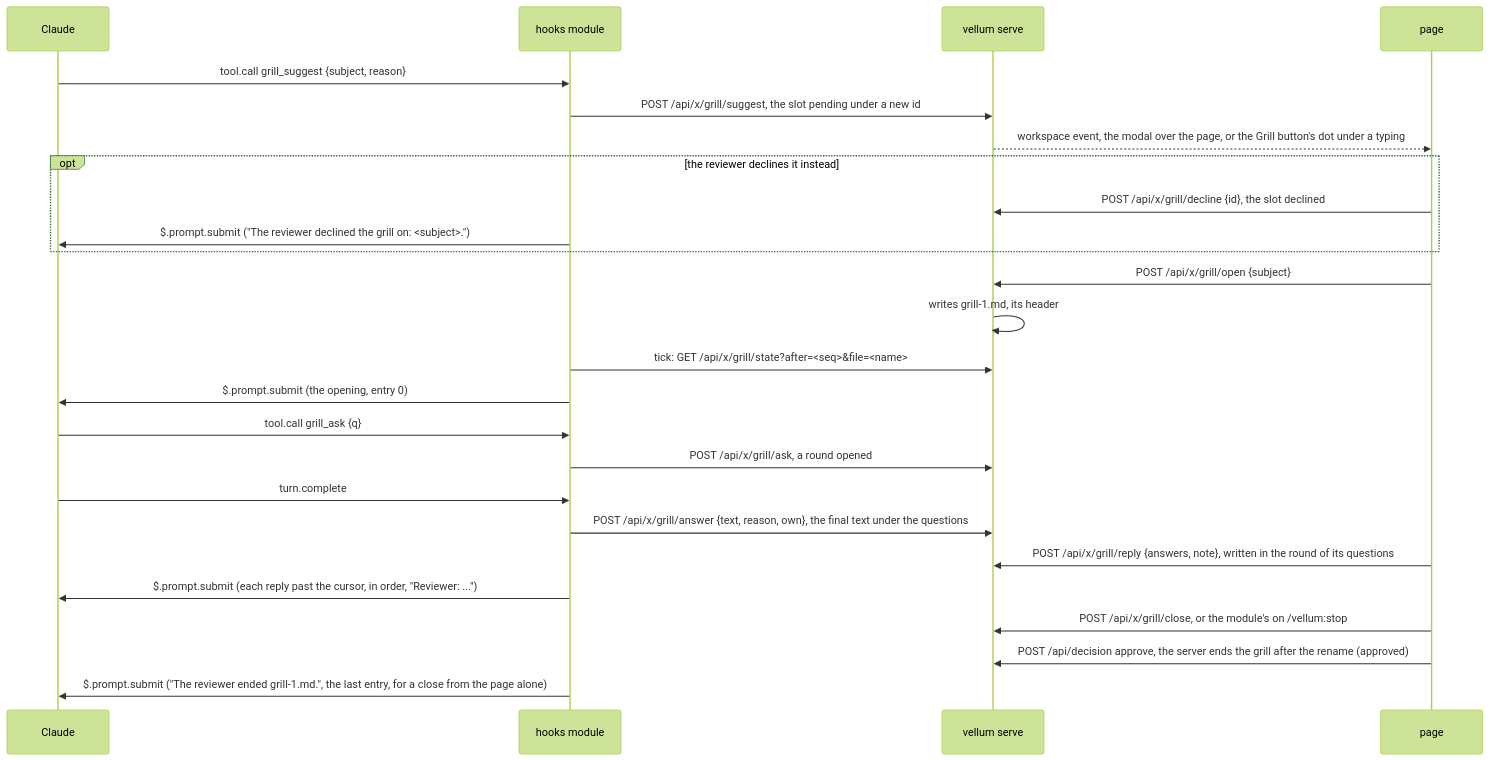
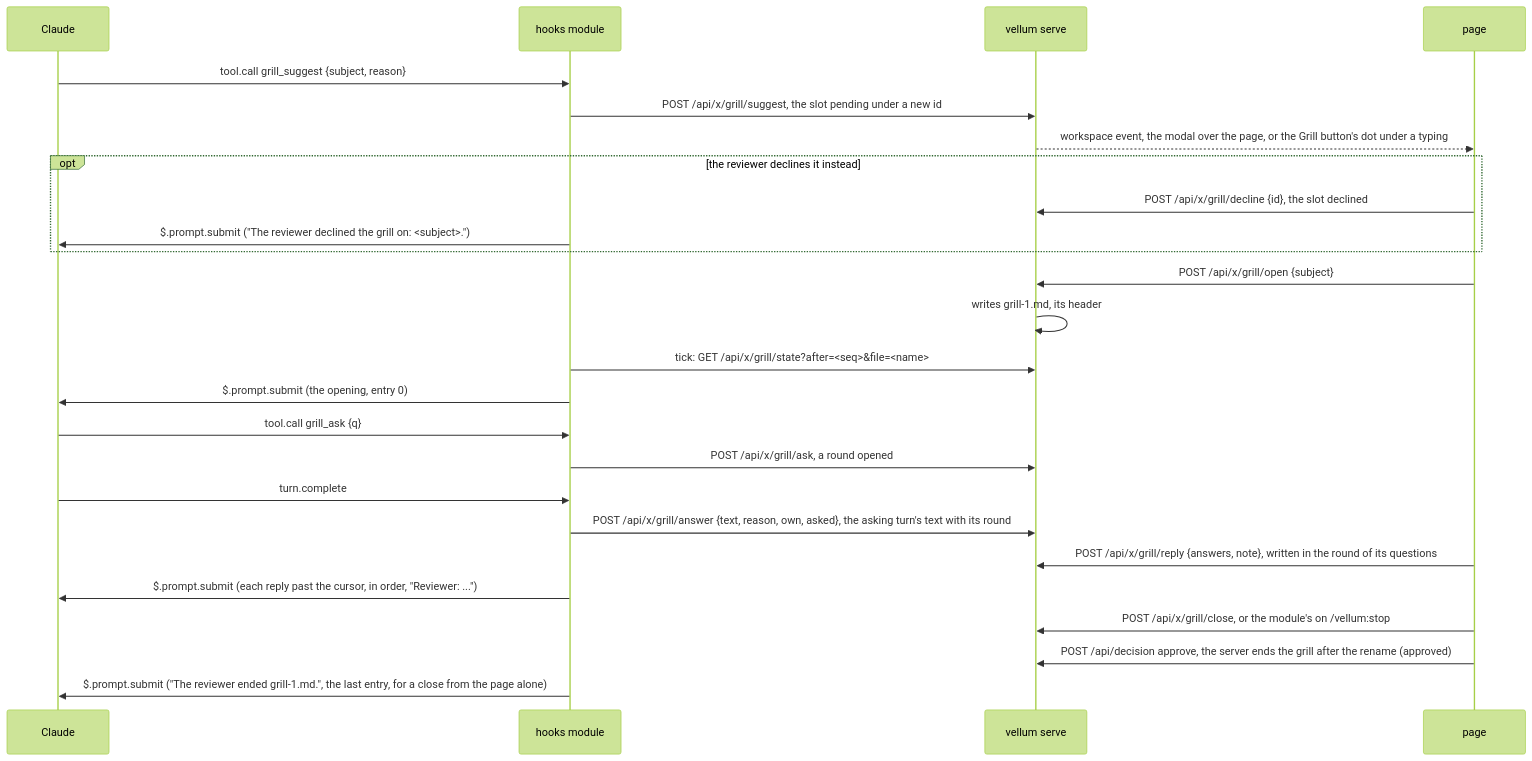
One commit to bengous/claude-code-plugins changed the third of 5 diagrams in vellum/docs/architecture.md. Above: the diagram before and after it, drawn with Mermaid (forest theme). The commit also changed other lines of this file and 13 other files, not shown here.

````diff
--- a/vellum/docs/architecture.md
+++ b/vellum/docs/architecture.md
@@ -116,27 +116,27 @@
 ```mermaid
 sequenceDiagram
   participant C as Claude
   participant M as hooks module
   participant S as vellum serve
   participant P as page
   C->>M: tool.call grill_suggest {subject, reason}
   M->>S: POST /api/x/grill/suggest, the slot pending under a new id
   S-->>P: workspace event, the modal over the page, or the Grill button's dot under a typing
   opt the reviewer declines it instead
     P->>S: POST /api/x/grill/decline {id}, the slot declined
     M->>C: $.prompt.submit ("The reviewer declined the grill on: <subject>.")
   end
   P->>S: POST /api/x/grill/open {subject}
   S->>S: writes grill-1.md, its header
   M->>S: tick: GET /api/x/grill/state?after=<seq>&file=<name>
   M->>C: $.prompt.submit (the opening, entry 0)
   C->>M: tool.call grill_ask {q}
   M->>S: POST /api/x/grill/ask, a round opened
   C->>M: turn.complete
-  M->>S: POST /api/x/grill/answer {text, reason, own}, the final text under the questions
+  M->>S: POST /api/x/grill/answer {text, reason, own, asked}, the asking turn's text with its round
   P->>S: POST /api/x/grill/reply {answers, note}, written in the round of its questions
   M->>C: $.prompt.submit (each reply past the cursor, in order, "Reviewer: ...")
   P->>S: POST /api/x/grill/close, or the module's on /vellum:stop
   P->>S: POST /api/decision approve, the server ends the grill after the rename (approved)
   M->>C: $.prompt.submit ("The reviewer ended grill-1.md.", the last entry, for a close from the page alone)
 ```
````
